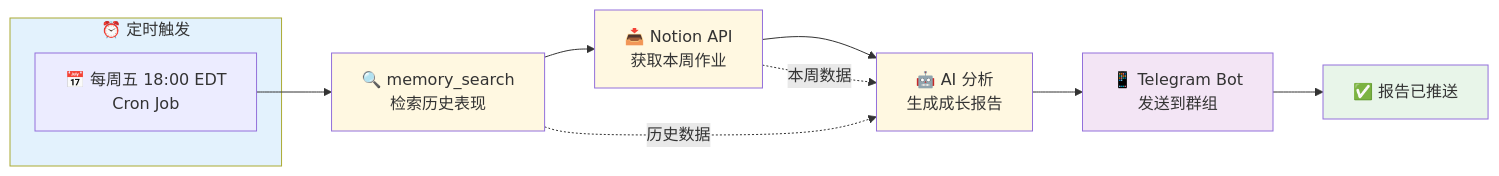
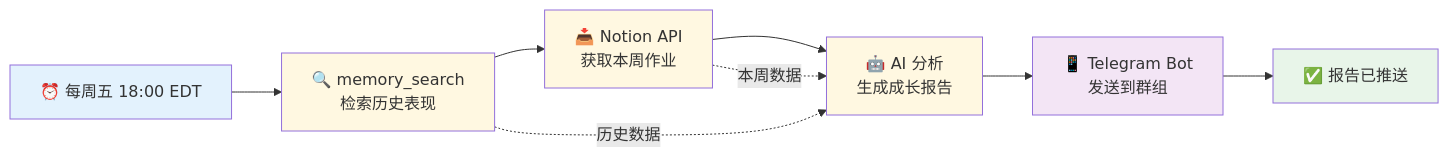
Before and after one commit to KaichenCurry/ielts-speaking-ai: the third of 3 diagrams in README.md, drawn with Mermaid. The commit also changed other lines of this file, not shown here.

Commit message:
fix: 优化系统架构图对称性，移除Band计算流程图

````diff
--- a/README.md
+++ b/README.md
@@ -116,26 +109,22 @@
 ```mermaid
 flowchart LR
-    subgraph Schedule["⏰ 定时触发"]
-        cron["📅 每周五 18:00 EDT<br/>Cron Job"]
-    end
-    
-    cron --> Step1["🔍 memory_search<br/>检索历史表现"]
+    Schedule["⏰ 每周五 18:00 EDT"] --> Step1["🔍 memory_search<br/>检索历史表现"]
     
     Step1 --> Step2["📥 Notion API<br/>获取本周作业"]
     
     Step2 --> Step3["🤖 AI 分析<br/>生成成长报告"]
     
     Step3 --> Step4["📱 Telegram Bot<br/>发送到群组"]
     
     Step4 --> End["✅ 报告已推送"]
     
     Step1 -.->|"历史数据"| Step3
     Step2 -.->|"本周数据"| Step3
     
     style Schedule fill:#e3f2fd
     style Step1 fill:#fff8e1
     style Step2 fill:#fff8e1
     style Step3 fill:#fff8e1
     style Step4 fill:#f3e5f5
     style End fill:#e8f5e9
 ```
````
